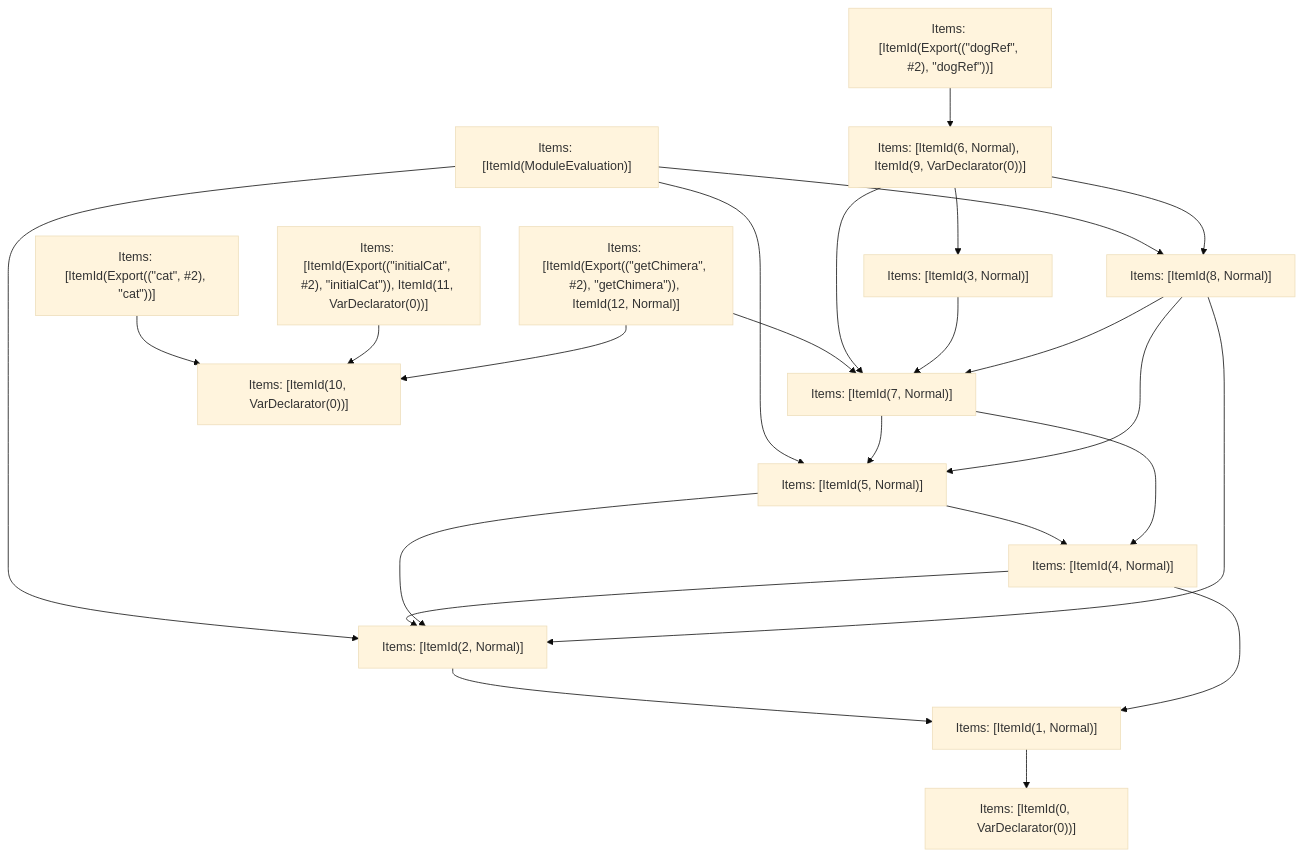
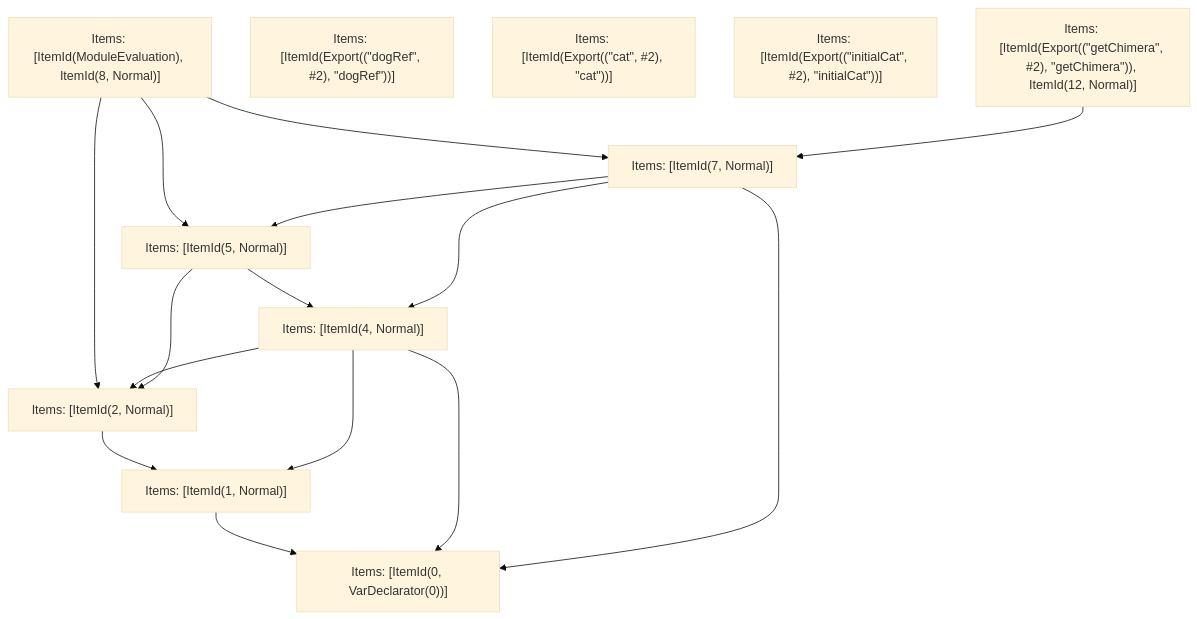
Before and after one commit to vercel/turborepo: the fifth of 5 diagrams in crates/turbopack-ecmascript/tests/tree-shaker/analyzer/complex/output.md, drawn with Mermaid (base theme). The commit also changed other lines of this file and 20 other files, not shown here.

````diff
--- a/crates/turbopack-ecmascript/tests/tree-shaker/analyzer/complex/output.md
+++ b/crates/turbopack-ecmascript/tests/tree-shaker/analyzer/complex/output.md
@@ -324,41 +332,28 @@
 ```mermaid
 graph TD
-    N0["Items: [ItemId(ModuleEvaluation)]"];
+    N0["Items: [ItemId(ModuleEvaluation), ItemId(8, Normal)]"];
     N1["Items: [ItemId(Export((&quot;dogRef&quot;, #2), &quot;dogRef&quot;))]"];
     N2["Items: [ItemId(Export((&quot;cat&quot;, #2), &quot;cat&quot;))]"];
-    N3["Items: [ItemId(Export((&quot;initialCat&quot;, #2), &quot;initialCat&quot;)), ItemId(11, VarDeclarator(0))]"];
+    N3["Items: [ItemId(Export((&quot;initialCat&quot;, #2), &quot;initialCat&quot;))]"];
     N4["Items: [ItemId(Export((&quot;getChimera&quot;, #2), &quot;getChimera&quot;)), ItemId(12, Normal)]"];
-    N5["Items: [ItemId(6, Normal), ItemId(9, VarDeclarator(0))]"];
-    N6["Items: [ItemId(0, VarDeclarator(0))]"];
-    N7["Items: [ItemId(1, Normal)]"];
-    N8["Items: [ItemId(2, Normal)]"];
-    N9["Items: [ItemId(3, Normal)]"];
-    N10["Items: [ItemId(4, Normal)]"];
-    N11["Items: [ItemId(5, Normal)]"];
-    N12["Items: [ItemId(7, Normal)]"];
-    N13["Items: [ItemId(8, Normal)]"];
-    N14["Items: [ItemId(10, VarDeclarator(0))]"];
-    N0 --> N8;
-    N0 --> N11;
-    N0 --> N13;
-    N1 --> N5;
-    N2 --> N14;
-    N3 --> N14;
-    N4 --> N14;
-    N4 --> N12;
-    N5 --> N13;
-    N5 --> N12;
-    N5 --> N9;
+    N5["Items: [ItemId(0, VarDeclarator(0))]"];
+    N6["Items: [ItemId(1, Normal)]"];
+    N7["Items: [ItemId(2, Normal)]"];
+    N8["Items: [ItemId(4, Normal)]"];
+    N9["Items: [ItemId(5, Normal)]"];
+    N10["Items: [ItemId(7, Normal)]"];
+    N0 --> N7;
+    N0 --> N9;
+    N0 --> N10;
+    N4 --> N10;
+    N6 --> N5;
     N7 --> N6;
+    N8 --> N6;
     N8 --> N7;
-    N9 --> N12;
-    N10 --> N7;
+    N8 --> N5;
+    N9 --> N8;
+    N9 --> N7;
     N10 --> N8;
-    N11 --> N10;
-    N11 --> N8;
-    N12 --> N10;
-    N12 --> N11;
-    N13 --> N12;
-    N13 --> N8;
-    N13 --> N11;
+    N10 --> N9;
+    N10 --> N5;
 ```
````
